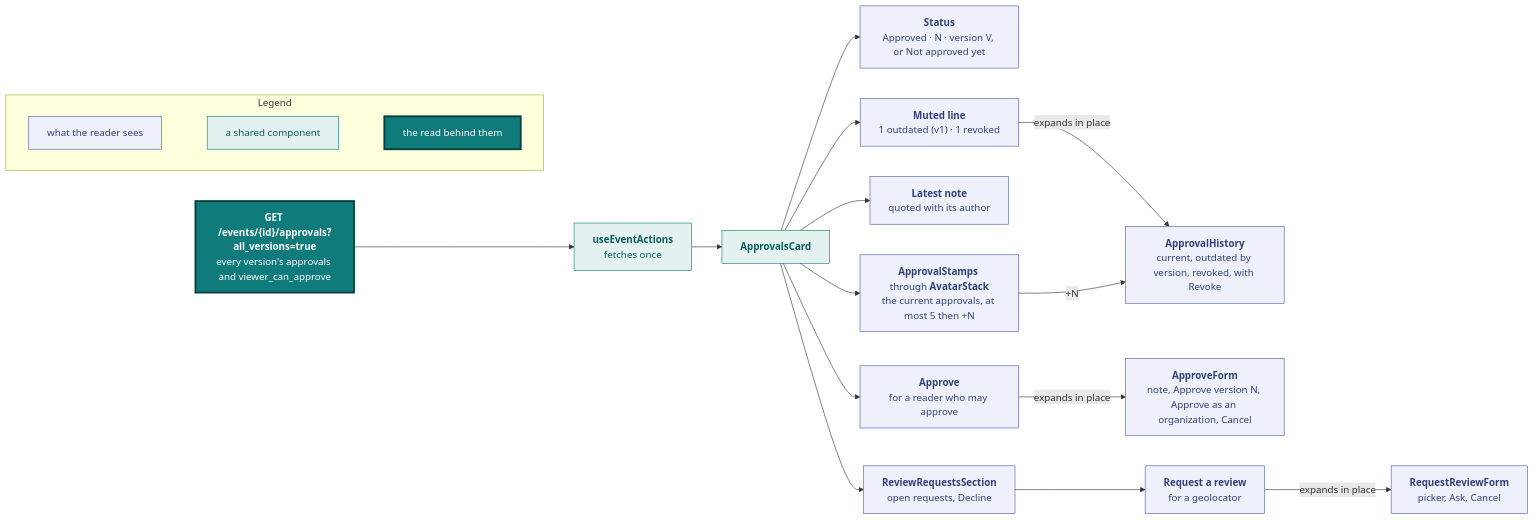
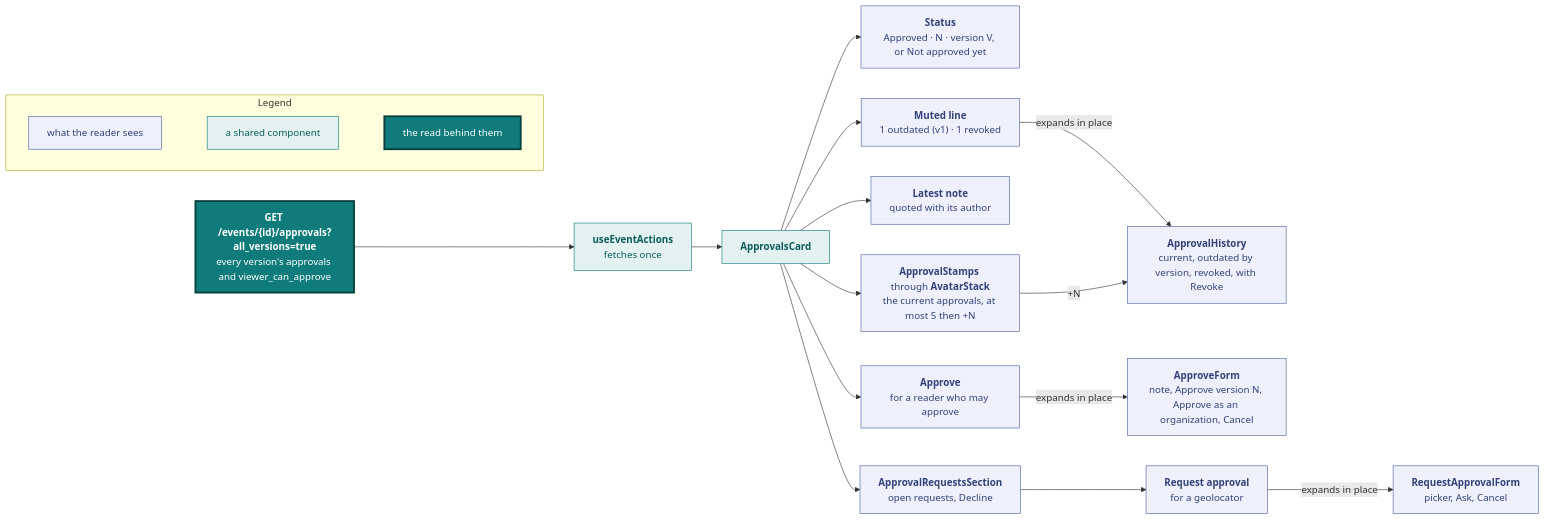
One commit to vidithq/vidit changed the fifth of 9 diagrams in docs/design.md. Above: the diagram before and after it, drawn with Mermaid. The commit also changed other lines of this file and 63 other files, not shown here.

First line of the commit message:
refactor: rename review requests to approval requests

````diff
--- a/docs/design.md
+++ b/docs/design.md
@@ -527,53 +527,53 @@
 ```mermaid
 flowchart LR
   classDef spec fill:#eef1fb,stroke:#4a5fa5,color:#33417a
   classDef shared fill:#e3f2f1,stroke:#0f7b7a,color:#0b5c5b
   classDef core fill:#0f7b7a,stroke:#083f3e,stroke-width:3px,color:#ffffff
 
   subgraph legend [Legend]
     direction LR
     l1["`what the reader sees`"]:::spec
     l2["`a shared component`"]:::shared
     l3["`the read behind them`"]:::core
     l1 ~~~ l2 ~~~ l3
   end
 
   read["`**GET /events/{id}/approvals?all_versions=true**
   every version's approvals and viewer_can_approve`"]:::core
   hook["`**useEventActions**
   fetches once`"]:::shared
   card["`**ApprovalsCard**`"]:::shared
   status["`**Status**
   Approved · N · version V, or Not approved yet`"]:::spec
   stamps["`**ApprovalStamps** through **AvatarStack**
   the current approvals, at most 5 then +N`"]:::spec
   note["`**Latest note**
   quoted with its author`"]:::spec
   line["`**Muted line**
   1 outdated (v1) · 1 revoked`"]:::spec
   history["`**ApprovalHistory**
   current, outdated by version, revoked, with Revoke`"]:::spec
   approve["`**Approve**
   for a reader who may approve`"]:::spec
   form["`**ApproveForm**
   note, Approve version N, Approve as an organization, Cancel`"]:::spec
-  requests["`**ReviewRequestsSection**
+  requests["`**ApprovalRequestsSection**
   open requests, Decline`"]:::spec
-  ask["`**Request a review**
+  ask["`**Request approval**
   for a geolocator`"]:::spec
-  askform["`**RequestReviewForm**
+  askform["`**RequestApprovalForm**
   picker, Ask, Cancel`"]:::spec
 
   read --> hook --> card
   card --> status
   card --> stamps
   card --> note
   card --> line
   card --> approve
   card --> requests
   line -->|"expands in place"| history
   stamps -->|"+N"| history
   approve -->|"expands in place"| form
   requests --> ask
   ask -->|"expands in place"| askform
 ```
````
